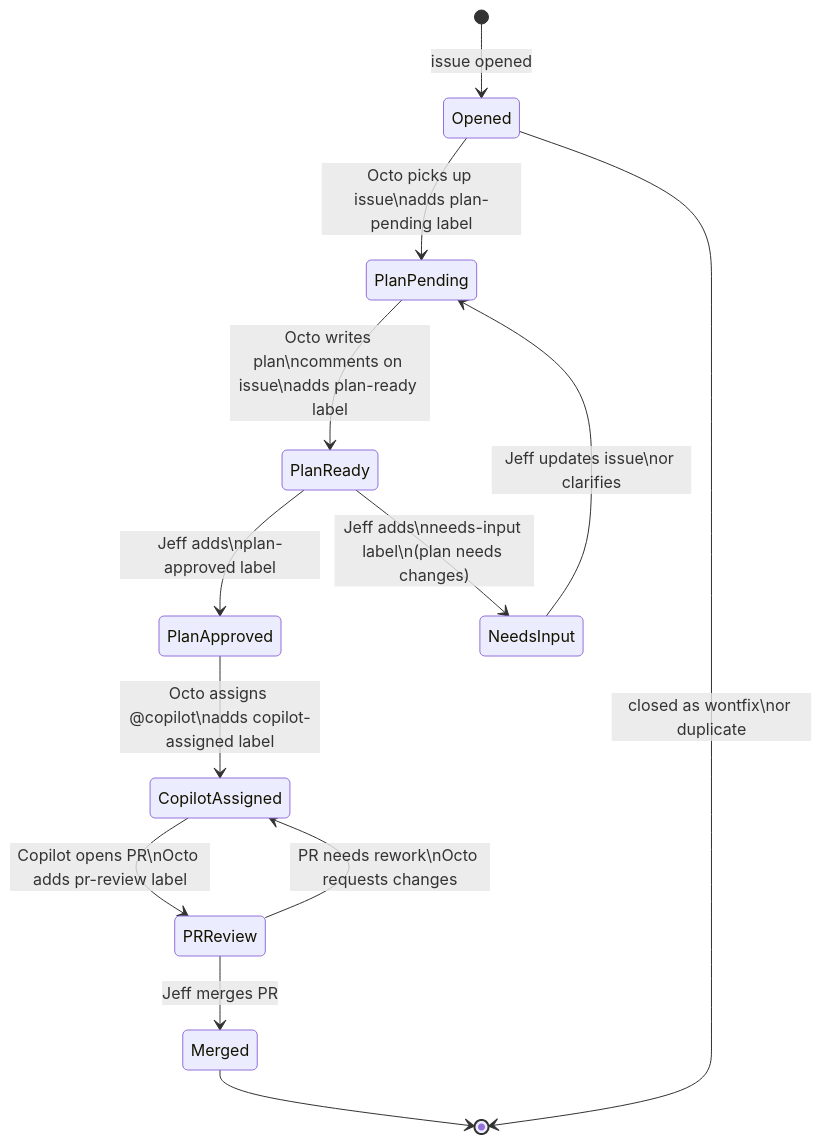
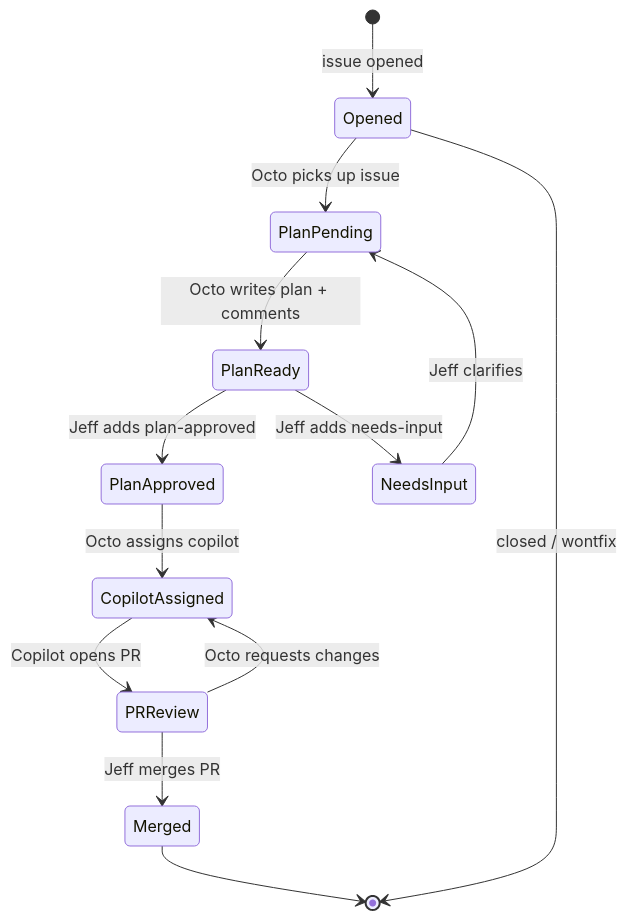
The diagram in docs/harness/issue-lifecycle.md (JeffSteinbok/octo-docs), drawn with Mermaid before and after one commit.

Commit message:
fix(harness): remove literal \n from Mermaid edge labels

````diff
--- a/docs/harness/issue-lifecycle.md
+++ b/docs/harness/issue-lifecycle.md
@@ -16,25 +16,25 @@
 ```mermaid
 stateDiagram-v2
     [*] --> Opened : issue opened
 
-    Opened --> PlanPending : Octo picks up issue\nadds plan-pending label
+    Opened --> PlanPending : Octo picks up issue
 
-    PlanPending --> PlanReady : Octo writes plan\ncomments on issue\nadds plan-ready label
+    PlanPending --> PlanReady : Octo writes plan + comments
 
-    PlanReady --> PlanApproved : Jeff adds\nplan-approved label
+    PlanReady --> PlanApproved : Jeff adds plan-approved
 
-    PlanReady --> NeedsInput : Jeff adds\nneeds-input label\n(plan needs changes)
+    PlanReady --> NeedsInput : Jeff adds needs-input
 
-    NeedsInput --> PlanPending : Jeff updates issue\nor clarifies
+    NeedsInput --> PlanPending : Jeff clarifies
 
-    PlanApproved --> CopilotAssigned : Octo assigns @copilot\nadds copilot-assigned label
+    PlanApproved --> CopilotAssigned : Octo assigns copilot
 
-    CopilotAssigned --> PRReview : Copilot opens PR\nOcto adds pr-review label
+    CopilotAssigned --> PRReview : Copilot opens PR
 
     PRReview --> Merged : Jeff merges PR
 
-    PRReview --> CopilotAssigned : PR needs rework\nOcto requests changes
+    PRReview --> CopilotAssigned : Octo requests changes
 
     Merged --> [*]
-    Opened --> [*] : closed as wontfix\nor duplicate
+    Opened --> [*] : closed / wontfix
 ```
````
